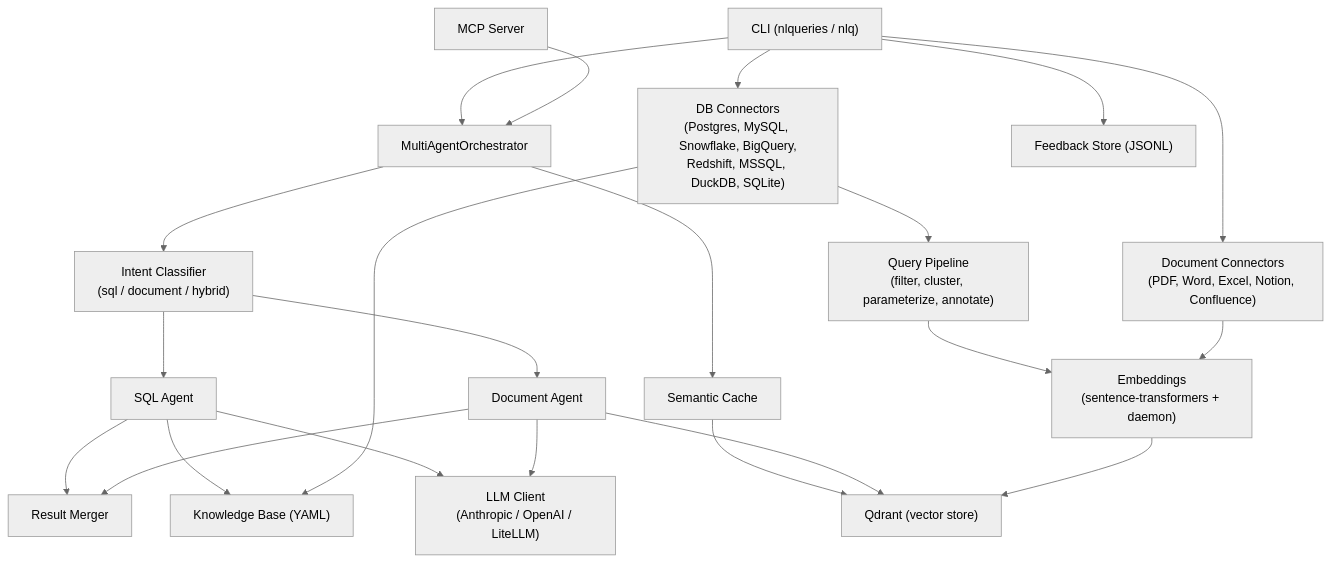
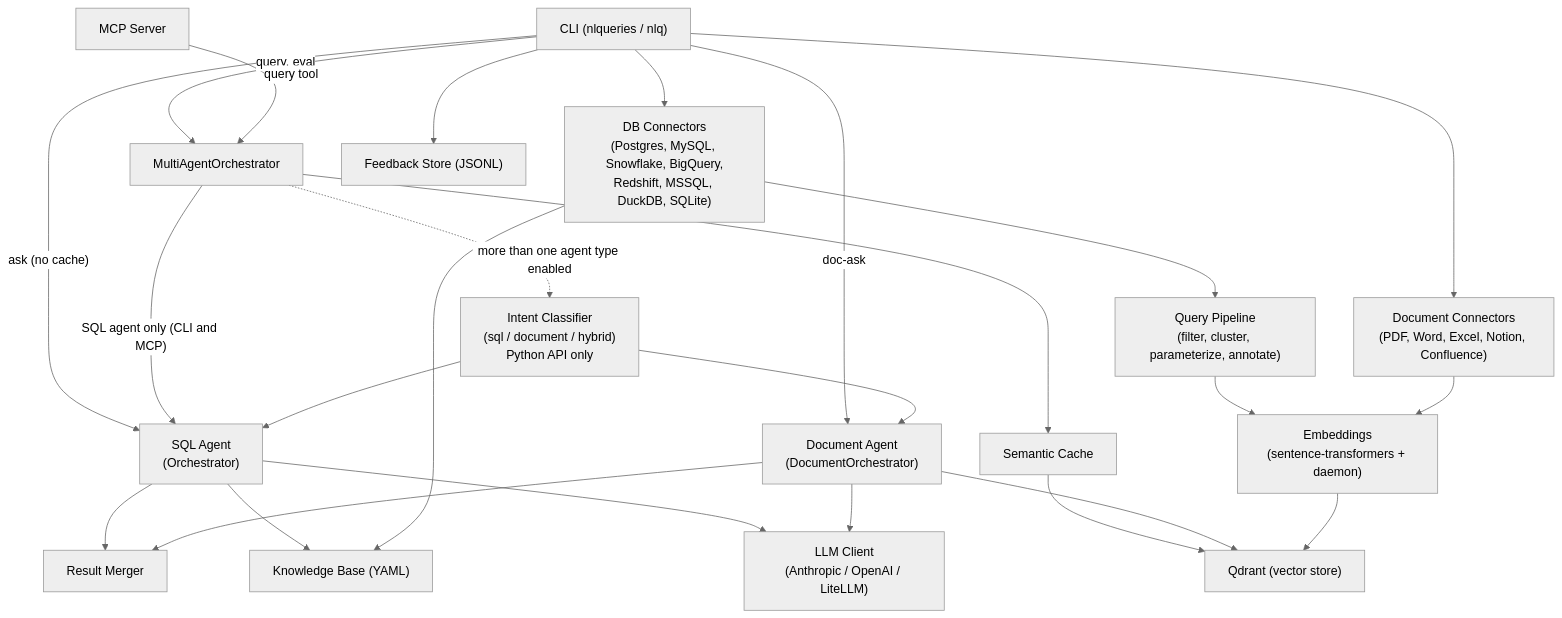
Before and after one commit to nlqueries/nlqueries: the diagram in docs/architecture.md, drawn with Mermaid (neutral theme). The commit also changed other lines of this file and 19 other files, not shown here.

````diff
--- a/docs/architecture.md
+++ b/docs/architecture.md
@@ -5,41 +5,44 @@
 ```mermaid
 graph TD
     CLI["CLI (nlqueries / nlq)"]
     MCP["MCP Server"]
     ORCH["MultiAgentOrchestrator"]
-    IC["Intent Classifier\n(sql / document / hybrid)"]
-    SQLA["SQL Agent"]
-    DOCA["Document Agent"]
+    IC["Intent Classifier\n(sql / document / hybrid)\nPython API only"]
+    SQLA["SQL Agent\n(Orchestrator)"]
+    DOCA["Document Agent\n(DocumentOrchestrator)"]
     RM["Result Merger"]
     KB["Knowledge Base (YAML)"]
     CACHE["Semantic Cache"]
     EMBED["Embeddings\n(sentence-transformers + daemon)"]
     QDRANT["Qdrant (vector store)"]
     LLM["LLM Client\n(Anthropic / OpenAI / LiteLLM)"]
     CONN["DB Connectors\n(Postgres, MySQL, Snowflake, BigQuery,\nRedshift, MSSQL, DuckDB, SQLite)"]
     DOCCONN["Document Connectors\n(PDF, Word, Excel, Notion, Confluence)"]
     PROC["Query Pipeline\n(filter, cluster, parameterize, annotate)"]
     FB["Feedback Store (JSONL)"]
 
-    CLI --> ORCH
-    MCP --> ORCH
-    ORCH --> IC
+    CLI -- "query, eval" --> ORCH
+    MCP -- "query tool" --> ORCH
+    CLI -- "ask (no cache)" --> SQLA
+    CLI -- "doc-ask" --> DOCA
+    ORCH -- "SQL agent only (CLI and MCP)" --> SQLA
+    ORCH -. "more than one agent type enabled" .-> IC
     IC --> SQLA
     IC --> DOCA
     SQLA --> RM
     DOCA --> RM
     ORCH --> CACHE
     CACHE --> QDRANT
     SQLA --> KB
     SQLA --> LLM
     DOCA --> QDRANT
     DOCA --> LLM
     CONN --> PROC
     PROC --> EMBED
     EMBED --> QDRANT
     CONN --> KB
     DOCCONN --> EMBED
     CLI --> CONN
     CLI --> DOCCONN
     CLI --> FB
 ```
````
